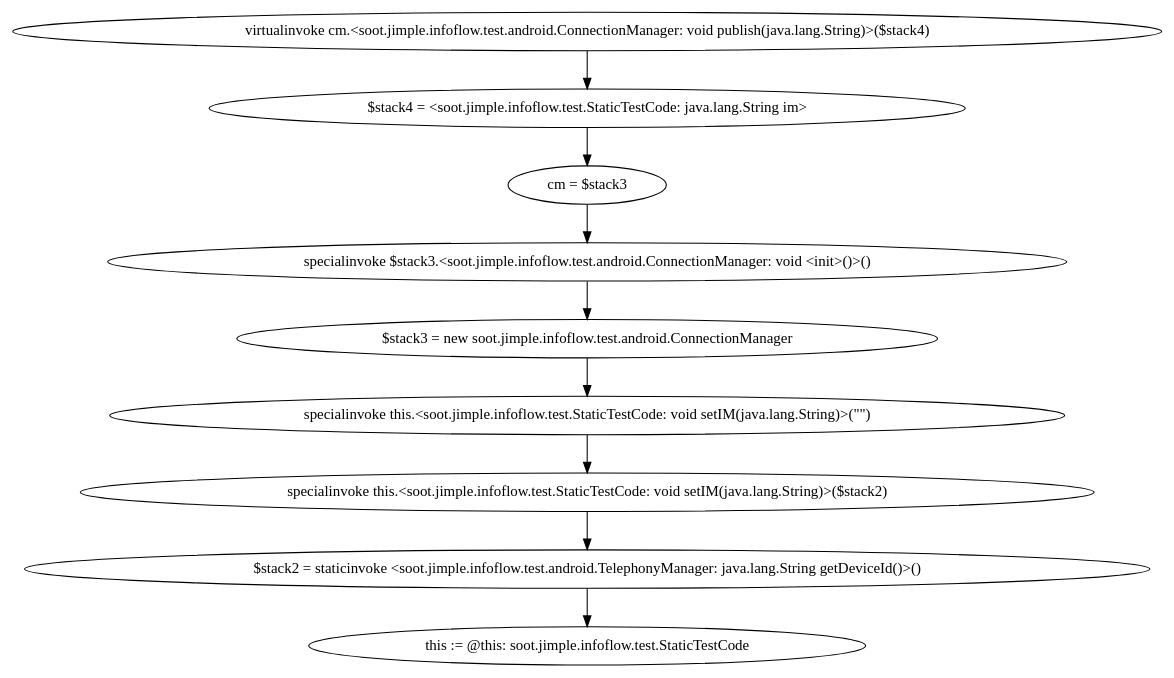
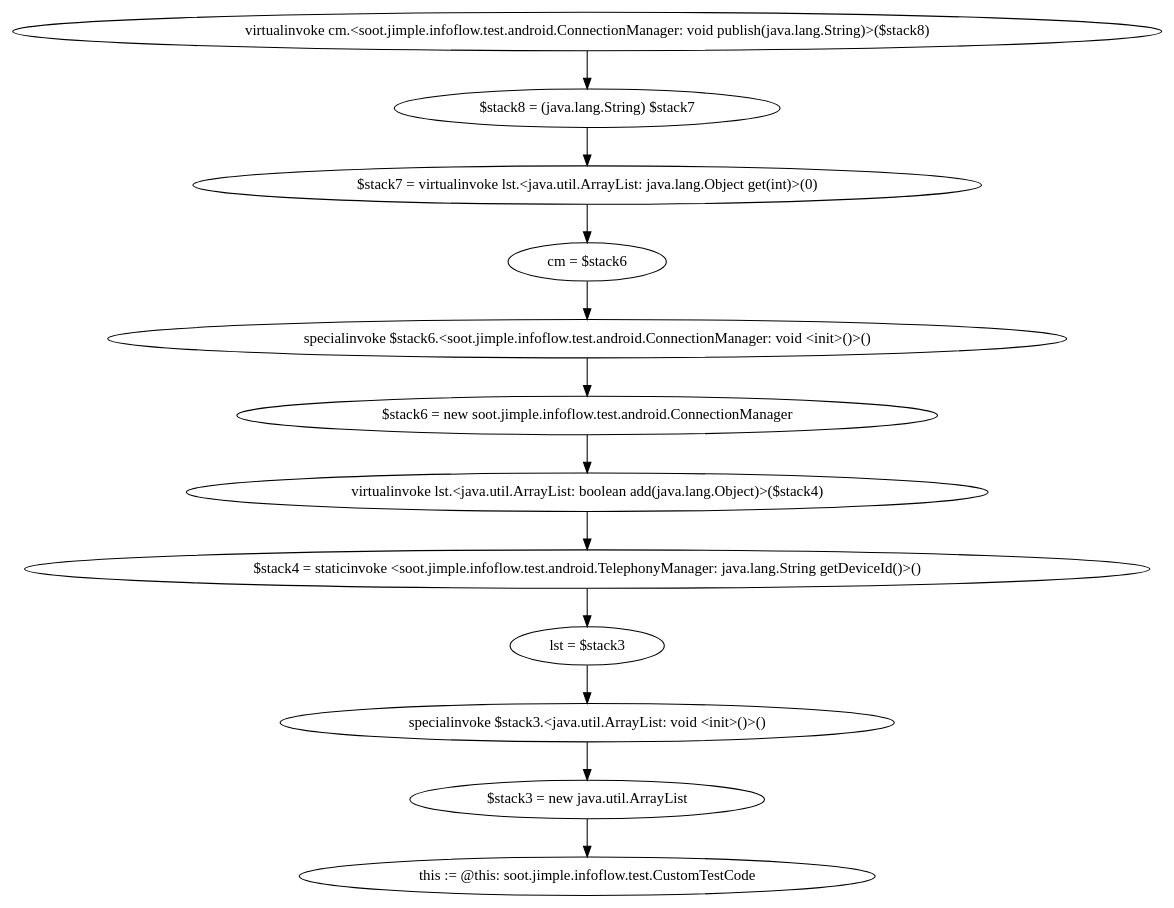
The diagram in soot-infoflow/dotfiles/0.dot (t1mlange/FlowDroid), drawn with Graphviz before and after one commit. The commit also changed 11 other files, not shown here.

```diff
--- a/soot-infoflow/dotfiles/0.dot
+++ b/soot-infoflow/dotfiles/0.dot
@@ -1,19 +1,25 @@
 digraph "" {
-    "virtualinvoke cm.<soot.jimple.infoflow.test.android.ConnectionManager: void publish(java.lang.String)>($stack4)"
-    "$stack4 = <soot.jimple.infoflow.test.StaticTestCode: java.lang.String im>"
-    "virtualinvoke cm.<soot.jimple.infoflow.test.android.ConnectionManager: void publish(java.lang.String)>($stack4)"->"$stack4 = <soot.jimple.infoflow.test.StaticTestCode: java.lang.String im>";
-    "cm = $stack3"
-    "$stack4 = <soot.jimple.infoflow.test.StaticTestCode: java.lang.String im>"->"cm = $stack3";
-    "specialinvoke $stack3.<soot.jimple.infoflow.test.android.ConnectionManager: void <init>()>()"
-    "cm = $stack3"->"specialinvoke $stack3.<soot.jimple.infoflow.test.android.ConnectionManager: void <init>()>()";
-    "$stack3 = new soot.jimple.infoflow.test.android.ConnectionManager"
-    "specialinvoke $stack3.<soot.jimple.infoflow.test.android.ConnectionManager: void <init>()>()"->"$stack3 = new soot.jimple.infoflow.test.android.ConnectionManager";
-    "specialinvoke this.<soot.jimple.infoflow.test.StaticTestCode: void setIM(java.lang.String)>(\"\")"
-    "$stack3 = new soot.jimple.infoflow.test.android.ConnectionManager"->"specialinvoke this.<soot.jimple.infoflow.test.StaticTestCode: void setIM(java.lang.String)>(\"\")";
-    "specialinvoke this.<soot.jimple.infoflow.test.StaticTestCode: void setIM(java.lang.String)>($stack2)"
-    "specialinvoke this.<soot.jimple.infoflow.test.StaticTestCode: void setIM(java.lang.String)>(\"\")"->"specialinvoke this.<soot.jimple.infoflow.test.StaticTestCode: void setIM(java.lang.String)>($stack2)";
-    "$stack2 = staticinvoke <soot.jimple.infoflow.test.android.TelephonyManager: java.lang.String getDeviceId()>()"
-    "specialinvoke this.<soot.jimple.infoflow.test.StaticTestCode: void setIM(java.lang.String)>($stack2)"->"$stack2 = staticinvoke <soot.jimple.infoflow.test.android.TelephonyManager: java.lang.String getDeviceId()>()";
-    "this := @this: soot.jimple.infoflow.test.StaticTestCode"
-    "$stack2 = staticinvoke <soot.jimple.infoflow.test.android.TelephonyManager: java.lang.String getDeviceId()>()"->"this := @this: soot.jimple.infoflow.test.StaticTestCode";
+    "virtualinvoke cm.<soot.jimple.infoflow.test.android.ConnectionManager: void publish(java.lang.String)>($stack8)"
+    "$stack8 = (java.lang.String) $stack7"
+    "virtualinvoke cm.<soot.jimple.infoflow.test.android.ConnectionManager: void publish(java.lang.String)>($stack8)"->"$stack8 = (java.lang.String) $stack7";
+    "$stack7 = virtualinvoke lst.<java.util.ArrayList: java.lang.Object get(int)>(0)"
+    "$stack8 = (java.lang.String) $stack7"->"$stack7 = virtualinvoke lst.<java.util.ArrayList: java.lang.Object get(int)>(0)";
+    "cm = $stack6"
+    "$stack7 = virtualinvoke lst.<java.util.ArrayList: java.lang.Object get(int)>(0)"->"cm = $stack6";
+    "specialinvoke $stack6.<soot.jimple.infoflow.test.android.ConnectionManager: void <init>()>()"
+    "cm = $stack6"->"specialinvoke $stack6.<soot.jimple.infoflow.test.android.ConnectionManager: void <init>()>()";
+    "$stack6 = new soot.jimple.infoflow.test.android.ConnectionManager"
+    "specialinvoke $stack6.<soot.jimple.infoflow.test.android.ConnectionManager: void <init>()>()"->"$stack6 = new soot.jimple.infoflow.test.android.ConnectionManager";
+    "virtualinvoke lst.<java.util.ArrayList: boolean add(java.lang.Object)>($stack4)"
+    "$stack6 = new soot.jimple.infoflow.test.android.ConnectionManager"->"virtualinvoke lst.<java.util.ArrayList: boolean add(java.lang.Object)>($stack4)";
+    "$stack4 = staticinvoke <soot.jimple.infoflow.test.android.TelephonyManager: java.lang.String getDeviceId()>()"
+    "virtualinvoke lst.<java.util.ArrayList: boolean add(java.lang.Object)>($stack4)"->"$stack4 = staticinvoke <soot.jimple.infoflow.test.android.TelephonyManager: java.lang.String getDeviceId()>()";
+    "lst = $stack3"
+    "$stack4 = staticinvoke <soot.jimple.infoflow.test.android.TelephonyManager: java.lang.String getDeviceId()>()"->"lst = $stack3";
+    "specialinvoke $stack3.<java.util.ArrayList: void <init>()>()"
+    "lst = $stack3"->"specialinvoke $stack3.<java.util.ArrayList: void <init>()>()";
+    "$stack3 = new java.util.ArrayList"
+    "specialinvoke $stack3.<java.util.ArrayList: void <init>()>()"->"$stack3 = new java.util.ArrayList";
+    "this := @this: soot.jimple.infoflow.test.CustomTestCode"
+    "$stack3 = new java.util.ArrayList"->"this := @this: soot.jimple.infoflow.test.CustomTestCode";
 }
```
